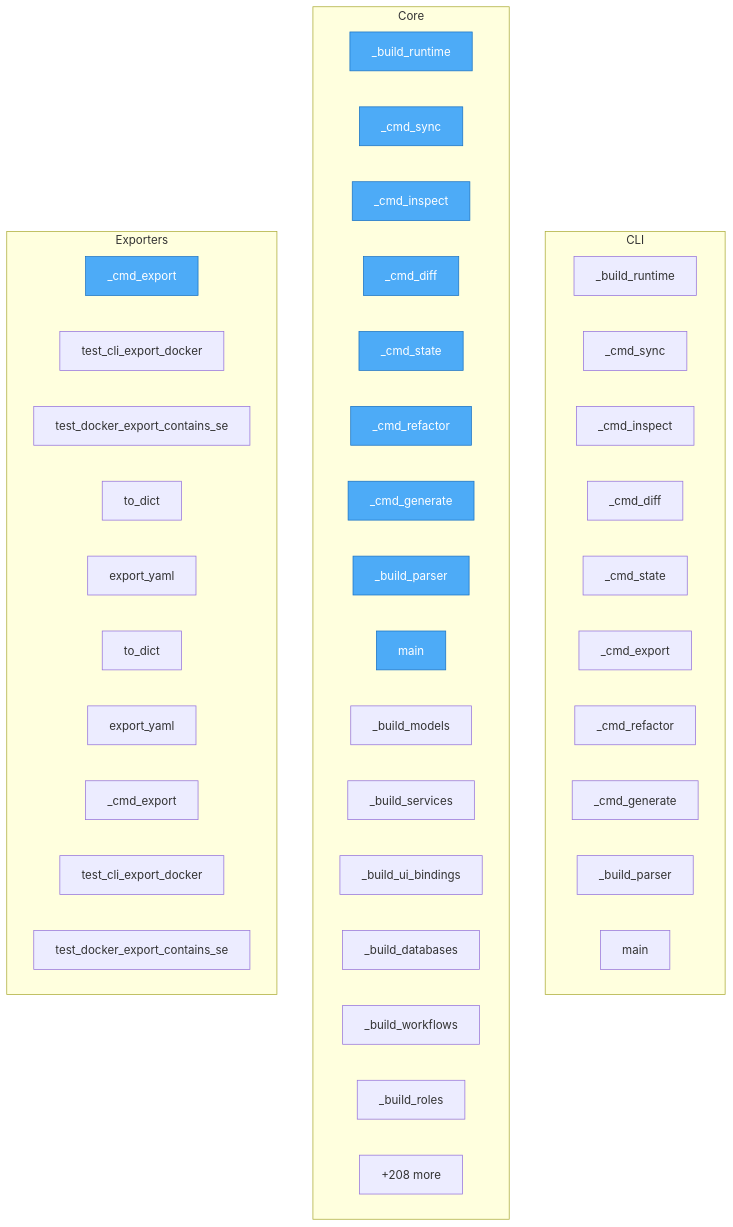
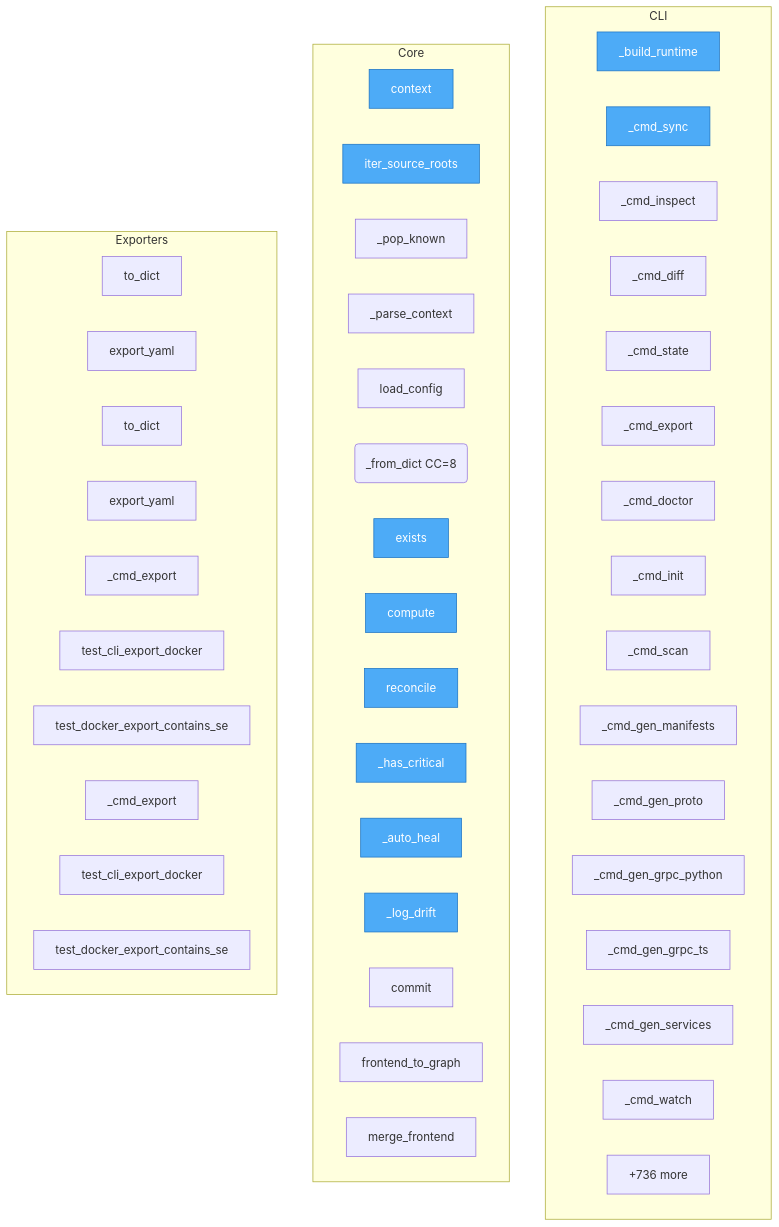
Before and after one commit to semcod/swop: the diagram in project/flow.mmd, drawn with Mermaid. The commit also changed 41 other files, not shown here.

```diff
--- a/project/flow.mmd
+++ b/project/flow.mmd
@@ -1,51 +1,57 @@
 flowchart TD
 
     %% Entry points (blue)
     classDef entry fill:#4dabf7,stroke:#1971c2,color:#fff
 
     subgraph CLI
         swop__cli___build_runtime["_build_runtime"]
         swop__cli___cmd_sync["_cmd_sync"]
         swop__cli___cmd_inspect["_cmd_inspect"]
         swop__cli___cmd_diff["_cmd_diff"]
         swop__cli___cmd_state["_cmd_state"]
         swop__cli___cmd_export["_cmd_export"]
-        swop__cli___cmd_refactor["_cmd_refactor"]
-        swop__cli___cmd_generate["_cmd_generate"]
-        swop__cli___build_parser["_build_parser"]
-        swop__cli__main["main"]
+        swop__cli___cmd_doctor["_cmd_doctor"]
+        swop__cli___cmd_init["_cmd_init"]
+        swop__cli___cmd_scan["_cmd_scan"]
+        swop__cli___cmd_gen_manifests["_cmd_gen_manifests"]
+        swop__cli___cmd_gen_proto["_cmd_gen_proto"]
+        swop__cli___cmd_gen_grpc_python["_cmd_gen_grpc_python"]
+        swop__cli___cmd_gen_grpc_ts["_cmd_gen_grpc_ts"]
+        swop__cli___cmd_gen_services["_cmd_gen_services"]
+        swop__cli___cmd_watch["_cmd_watch"]
+        ...["+5 more"]
     end
 
     subgraph Core
-        project__map__toon___build_runtime["_build_runtime"]
-        project__map__toon___cmd_sync["_cmd_sync"]
-        project__map__toon___cmd_inspect["_cmd_inspect"]
-        project__map__toon___cmd_diff["_cmd_diff"]
-        project__map__toon___cmd_state["_cmd_state"]
-        project__map__toon___cmd_refactor["_cmd_refactor"]
-        project__map__toon___cmd_generate["_cmd_generate"]
-        project__map__toon___build_parser["_build_parser"]
-        project__map__toon__main["main"]
-        project__map__toon___build_models["_build_models"]
-        project__map__toon___build_services["_build_services"]
-        project__map__toon___build_ui_bindings["_build_ui_bindings"]
-        project__map__toon___build_databases["_build_databases"]
-        project__map__toon___build_workflows["_build_workflows"]
-        project__map__toon___build_roles["_build_roles"]
-        ...["+208 more"]
+        swop__config__SwopConfig__context["context"]
+        swop__config__SwopConfig__iter_source_roots["iter_source_roots"]
+        swop__config___pop_known["_pop_known"]
+        swop__config___parse_context["_parse_context"]
+        swop__config__load_config["load_config"]
+        swop__config___from_dict("_from_dict CC=8")
+        swop__reconcile__Drift__exists["exists"]
+        swop__reconcile__DriftDetector__compute["compute"]
+        swop__reconcile__ResyncEngine__reconcile["reconcile"]
+        swop__reconcile__ResyncEngine___has_critical["_has_critical"]
+        swop__reconcile__ResyncEngine___auto_heal["_auto_heal"]
+        swop__reconcile__ResyncEngine___log_drift["_log_drift"]
+        swop__versioning__Versioning__commit["commit"]
+        swop__sync__SyncEngine__frontend_to_graph["frontend_to_graph"]
+        swop__sync__SyncEngine__merge_frontend["merge_frontend"]
+        ...["+736 more"]
     end
 
     subgraph Exporters
-        project__map__toon___cmd_export["_cmd_export"]
-        project__map__toon__test_cli_export_docker["test_cli_export_docker"]
-        project__map__toon__test_docker_export_contains_services["test_docker_export_contains_se"]
         swop__export__docker__DockerExporter__to_dict["to_dict"]
         swop__export__docker__DockerExporter__export_yaml["export_yaml"]
         swop__export__yaml__StateExporter__to_dict["to_dict"]
         swop__export__yaml__StateExporter__export_yaml["export_yaml"]
         SUMD___cmd_export["_cmd_export"]
         SUMD__test_cli_export_docker["test_cli_export_docker"]
         SUMD__test_docker_export_contains_services["test_docker_export_contains_se"]
+        project__map__toon___cmd_export["_cmd_export"]
+        project__map__toon__test_cli_export_docker["test_cli_export_docker"]
+        project__map__toon__test_docker_export_contains_services["test_docker_export_contains_se"]
     end
 
-    class project__map__toon___build_runtime,project__map__toon___cmd_sync,project__map__toon___cmd_inspect,project__map__toon___cmd_diff,project__map__toon___cmd_state,project__map__toon___cmd_export,project__map__toon___cmd_refactor,project__map__toon___cmd_generate,project__map__toon___build_parser,project__map__toon__main entry
+    class swop__config__SwopConfig__context,swop__config__SwopConfig__iter_source_roots,swop__reconcile__Drift__exists,swop__reconcile__DriftDetector__compute,swop__reconcile__ResyncEngine__reconcile,swop__reconcile__ResyncEngine___has_critical,swop__reconcile__ResyncEngine___auto_heal,swop__reconcile__ResyncEngine___log_drift,swop__cli___build_runtime,swop__cli___cmd_sync entry
```
